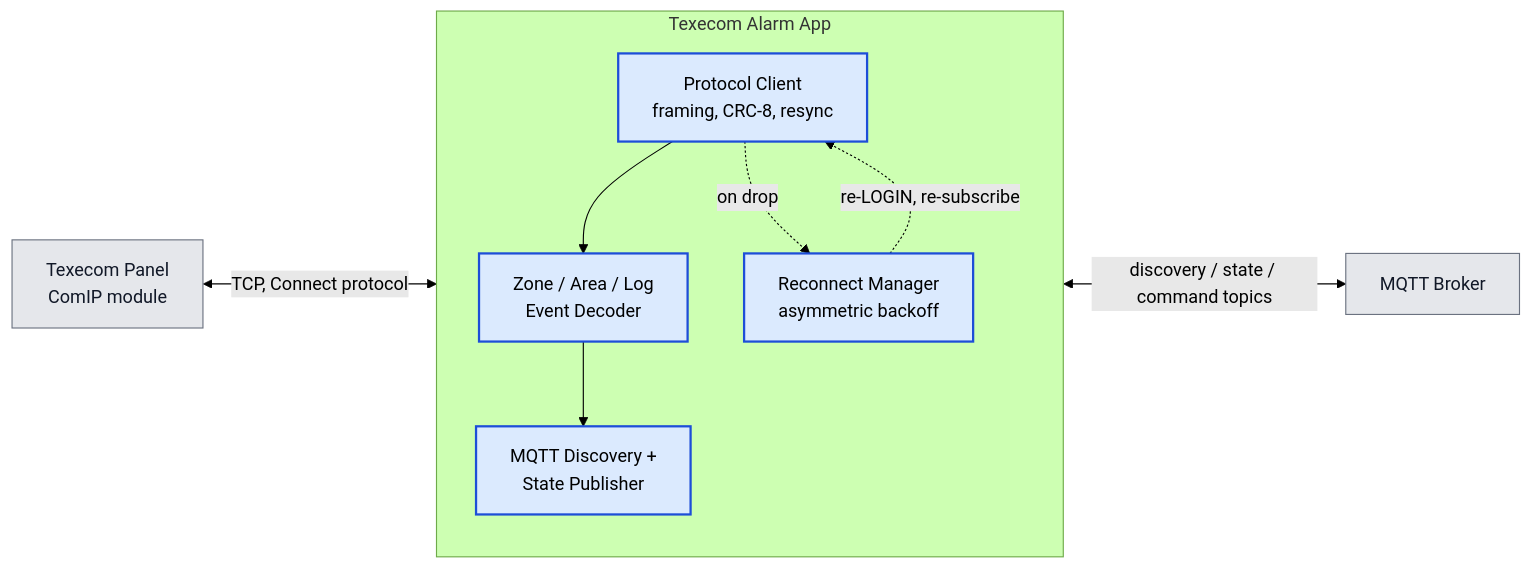
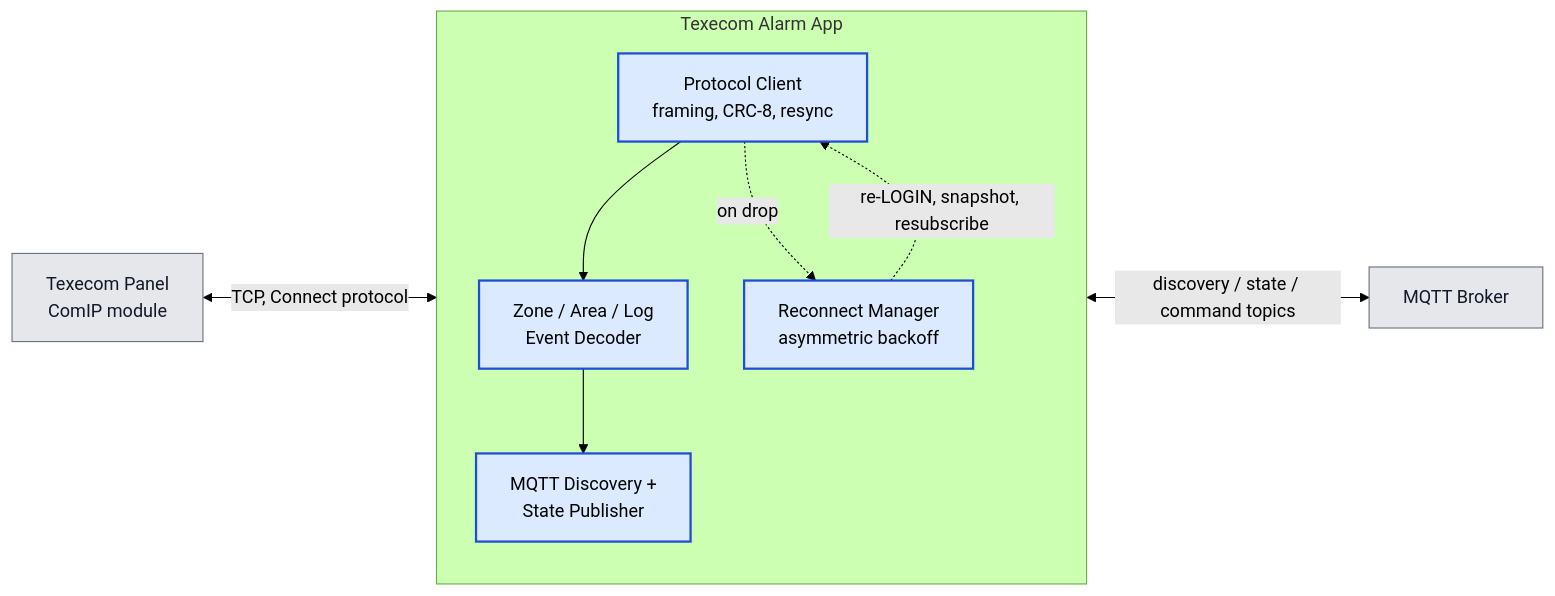
One commit to michaelmarconi/texecom_alarm changed the second of 6 diagrams in docs/architecture.md. Above: the diagram before and after it, drawn with Mermaid (forest theme). The commit also changed other lines of this file, not shown here.

Commit message:
docs(architecture): fold ADR-006 zone-state snapshot into startup/reconnect flows

````diff
--- a/docs/architecture.md
+++ b/docs/architecture.md
@@ -108,22 +112,22 @@
 ```mermaid
 flowchart LR
     subgraph App["Texecom Alarm App"]
         direction TB
         Client["Protocol Client<br/>framing, CRC-8, resync"]:::owned
         Decoder["Zone / Area / Log<br/>Event Decoder"]:::owned
         Reconnect["Reconnect Manager<br/>asymmetric backoff"]:::owned
         Publisher["MQTT Discovery +<br/>State Publisher"]:::owned
     end
     Panel["Texecom Panel<br/>ComIP module"]:::external
     Broker[MQTT Broker]:::external
 
     Panel <-->|TCP, Connect protocol| Client
     Client --> Decoder
     Decoder --> Publisher
     Client -.->|on drop| Reconnect
-    Reconnect -.->|re-LOGIN, re-subscribe| Client
+    Reconnect -.->|re-LOGIN, snapshot, resubscribe| Client
     Publisher <-->|discovery / state / command topics| Broker
 
     classDef owned fill:#dbeafe,stroke:#1d4ed8,stroke-width:2px
     classDef external fill:#e5e7eb,stroke:#6b7280,color:#111827
 ```
````
